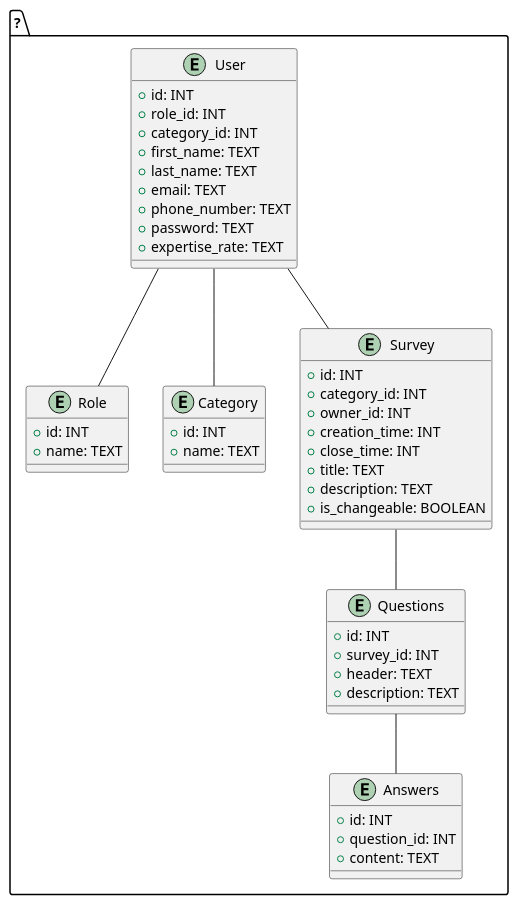
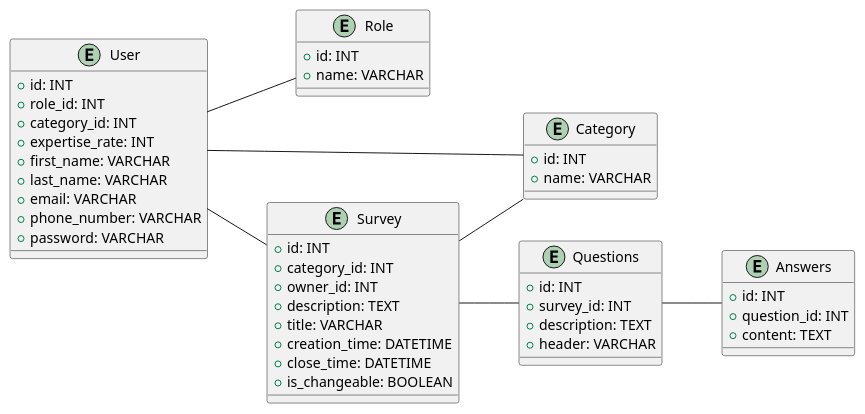
One commit to generalmaks/db_labs changed the second of 2 diagrams in docs/design.md. Above: the diagram before and after it, drawn with PlantUML.

Commit message:
Fix ER model

````diff
--- a/docs/design.md
+++ b/docs/design.md
@@ -98,60 +98,60 @@
 ```plantuml
 @startuml
 
-package "?" {
+left to right direction
   
   entity "Role" {
     + id: INT
-    + name: TEXT
+    + name: VARCHAR
   }
   
   entity "User" {
     + id: INT
     + role_id: INT
     + category_id: INT 
-    + first_name: TEXT
-    + last_name: TEXT
-    + email: TEXT
-    + phone_number: TEXT
-    + password: TEXT
-    + expertise_rate: TEXT
-  
+    + expertise_rate: INT
+    + first_name: VARCHAR
+    + last_name: VARCHAR
+    + email: VARCHAR
+    + phone_number: VARCHAR
+    + password: VARCHAR
   }
   
   entity "Category" {
     + id: INT
-    + name: TEXT
+    + name: VARCHAR
   }
   
   entity "Survey" {
     + id: INT
     + category_id: INT
     + owner_id: INT
-    + creation_time: INT 
-    + close_time: INT
-    + title: TEXT
     + description: TEXT
+    + title: VARCHAR
+    + creation_time: DATETIME 
+    + close_time: DATETIME
     + is_changeable: BOOLEAN
   }
   
   entity "Questions" {
     + id: INT
-    + survey_id: INT
-    + header: TEXT
+    + survey_id: INT    
     + description: TEXT
+    + header: VARCHAR
   }
   
   entity "Answers" {
     + id: INT
     + question_id: INT
     + content: TEXT
   }
   
   "User" -- "Role"
   "User" -- "Category"
   "User" -- "Survey"
   "Survey" -- "Questions"
   "Questions" -- "Answers"
+  "Survey" -- "Category"
 
 @enduml
 ```
````
